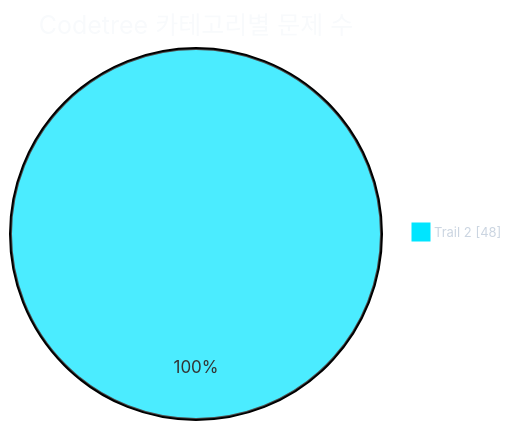
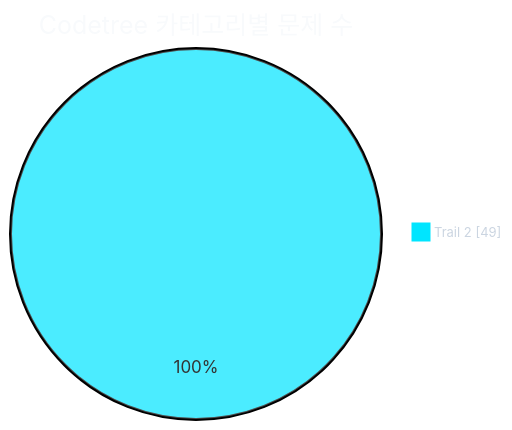
The first of 2 diagrams in readme.md (CHOOSLA/Algorithm), drawn with Mermaid before and after one commit. The commit also changed other lines of this file and 2 other files, not shown here.

````diff
--- a/readme.md
+++ b/readme.md
@@ -31,21 +31,21 @@
 ```mermaid
 ---
 config:
   theme: base
   themeVariables:
     background: '#0d1117'
     pieTitleTextColor: '#f8fafc'
     pieLegendTextColor: '#cbd5e1'
     pieLegendTextSize: '13px'
     pie1: '#00e5ff'
     pie2: '#22c55e'
     pie3: '#f59e0b'
     pie4: '#a855f7'
     pie5: '#ec4899'
     pie6: '#3b82f6'
     pie7: '#64748b'
 ---
 pie showData
   title Codetree 카테고리별 문제 수
-  "Trail 2" : 48
+  "Trail 2" : 49
 ```
````
